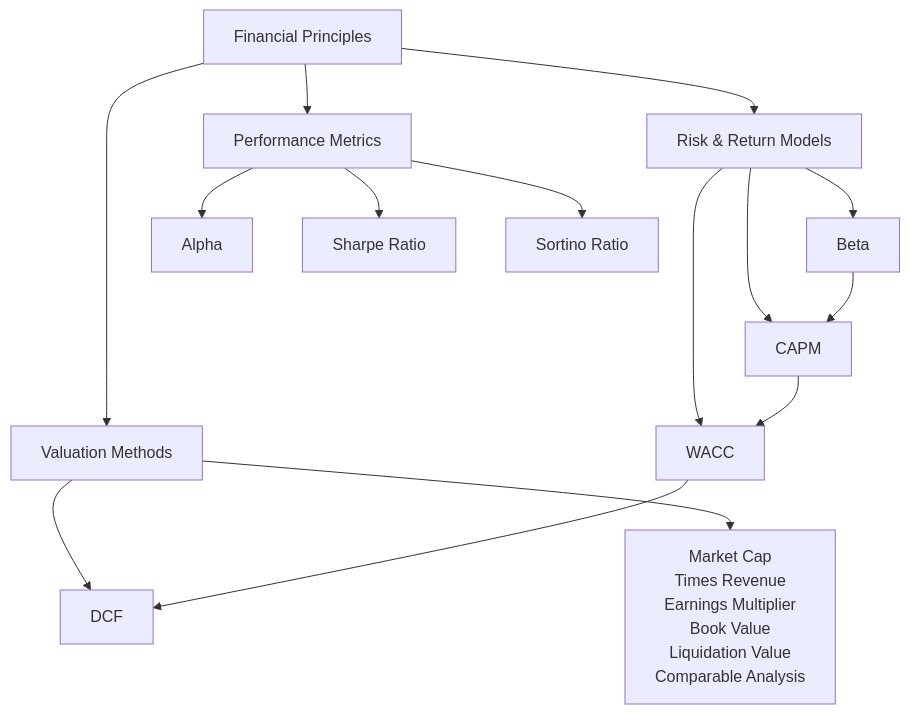
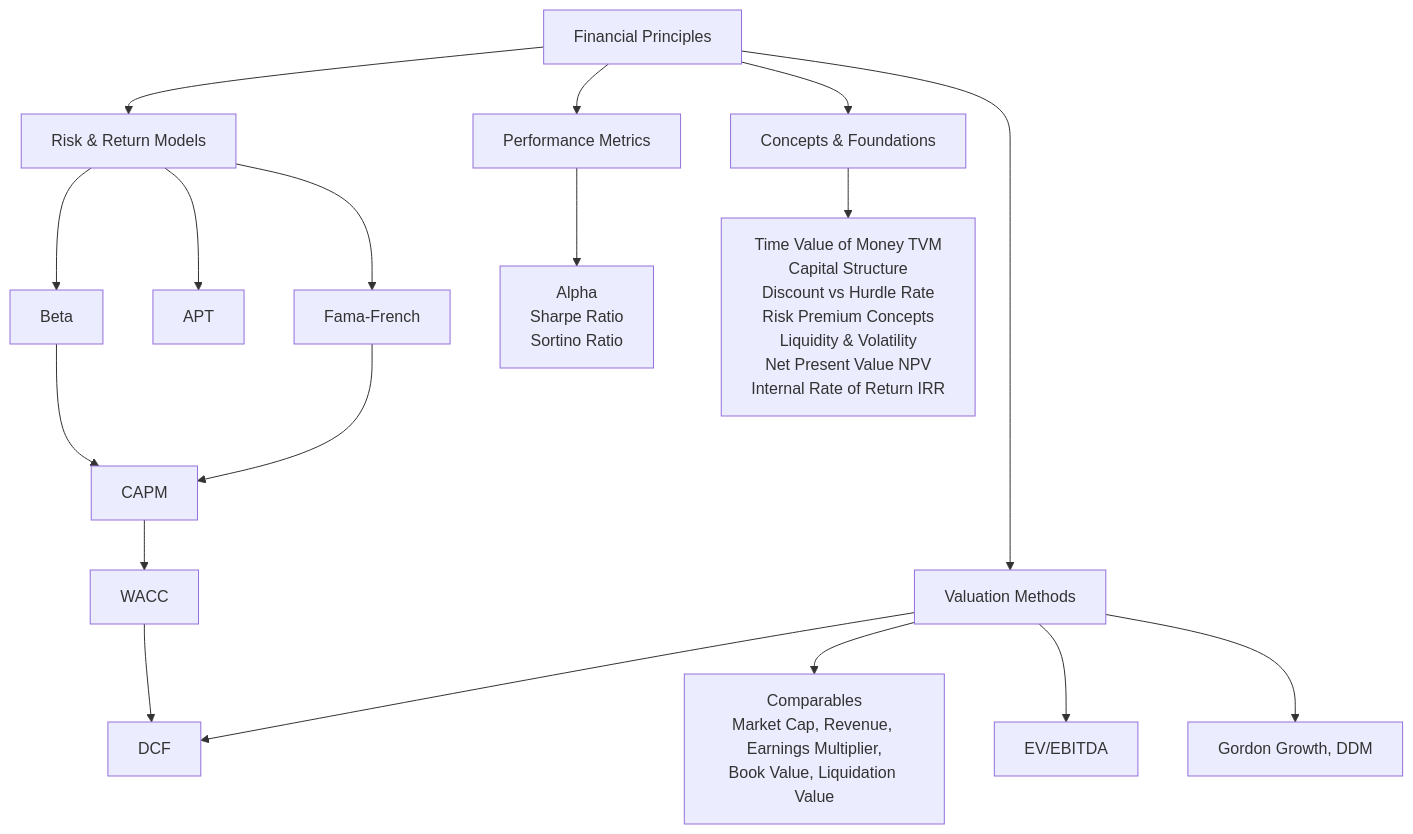
Before and after one commit to Zn83/Digital_Garden: the diagram in content/Finance/_index.md, drawn with Mermaid. The commit also changed other lines of this file and 9 other files, not shown here.

````diff
--- a/content/Finance/_index.md
+++ b/content/Finance/_index.md
@@ -15,21 +15,43 @@
 ```mermaid
 graph TD
-    A[Financial Principles] --> B[Risk & Return Models]
+
+    A[Financial Principles]
+
+    %% Main branches
+    A --> B[Risk & Return Models]
     A --> C[Valuation Methods]
     A --> D[Performance Metrics]
+    A --> E[Concepts & Foundations]
 
-    B --> B1[CAPM]
+    %% -----------------------
+    %% Risk & Return
+    %% -----------------------
     B --> B2[Beta]
-    B --> B4[WACC]
+    B --> B5[APT]
+    B --> B6[Fama-French]
 
-    C --> C2["Market Cap<br>Times Revenue<br>Earnings Multiplier<br>Book Value<br>Liquidation Value<br>Comparable Analysis"]
+    %% Structural links
+    B2 --> B1[CAPM]
+    B1 --> B4[WACC]
+    B6 --> B1
+    B4 --> C1
+
+    %% -----------------------
+    %% Valuation
+    %% -----------------------
     C --> C1[DCF]
 
-    D --> D1[Alpha]
-    D --> D2[Sharpe Ratio]
-    D --> D3[Sortino Ratio]
-	
-	B2 --> B1
-    B1 --> B4
-    B4 --> C1
+    C --> C2[Comparables<br>Market Cap, Revenue, Earnings Multiplier,<br>Book Value, Liquidation Value]
+    C --> C3[EV/EBITDA]
+    C --> C4[Gordon Growth, DDM]
+
+    %% -----------------------
+    %% Performance Metrics
+    %% -----------------------
+	D --> D1a[Alpha<br>Sharpe Ratio<br>Sortino Ratio]
+
+    %% -----------------------
+    %% Concepts & Foundations
+    %% -----------------------
+    E --> E1[Time Value of Money TVM<br>Capital Structure<br>Discount vs Hurdle Rate<br>Risk Premium Concepts<br>Liquidity & Volatility<br>Net Present Value NPV<br>Internal Rate of Return IRR]
 ```
````
